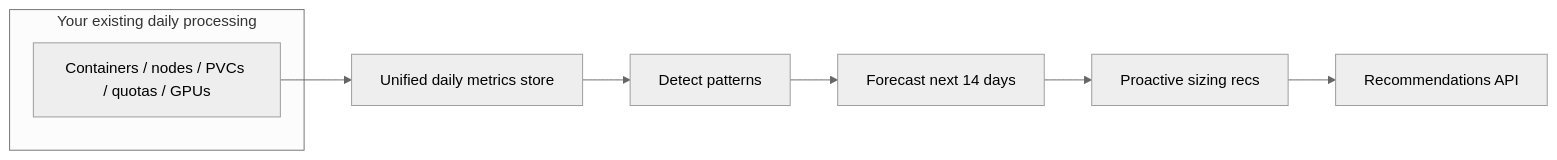
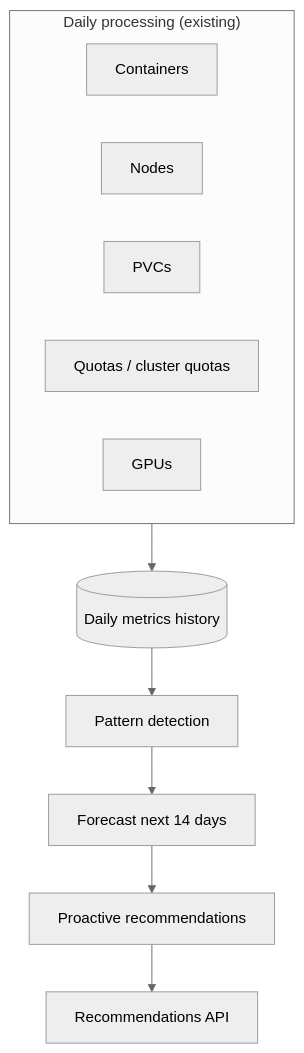
The diagram in docs-site/features/seasonality.md (pgarciaq/ros-ocp-backend), drawn with Mermaid (neutral theme) before and after one commit. The commit also changed other lines of this file and 9 other files, not shown here.

````diff
--- a/docs-site/features/seasonality.md
+++ b/docs-site/features/seasonality.md
@@ -122,12 +121,16 @@
 ```mermaid
-flowchart LR
-  subgraph Daily["Your existing daily processing"]
-    P1[Containers / nodes / PVCs / quotas / GPUs]
+flowchart TB
+  subgraph Daily["Daily processing (existing)"]
+    C[Containers]
+    N[Nodes]
+    P[PVCs]
+    Q[Quotas / cluster quotas]
+    G[GPUs]
   end
-  TS[Unified daily metrics store]
-  P1 --> TS
-  TS --> Detect[Detect patterns]
-  Detect --> Forecast[Forecast next 14 days]
-  Forecast --> Proactive[Proactive sizing recs]
-  Proactive --> API[Recommendations API]
+  TS[(Daily metrics history)]
+  Daily --> TS
+  TS --> DET[Pattern detection]
+  DET --> FC[Forecast next 14 days]
+  FC --> PRO[Proactive recommendations]
+  PRO --> API[Recommendations API]
 ```
````
